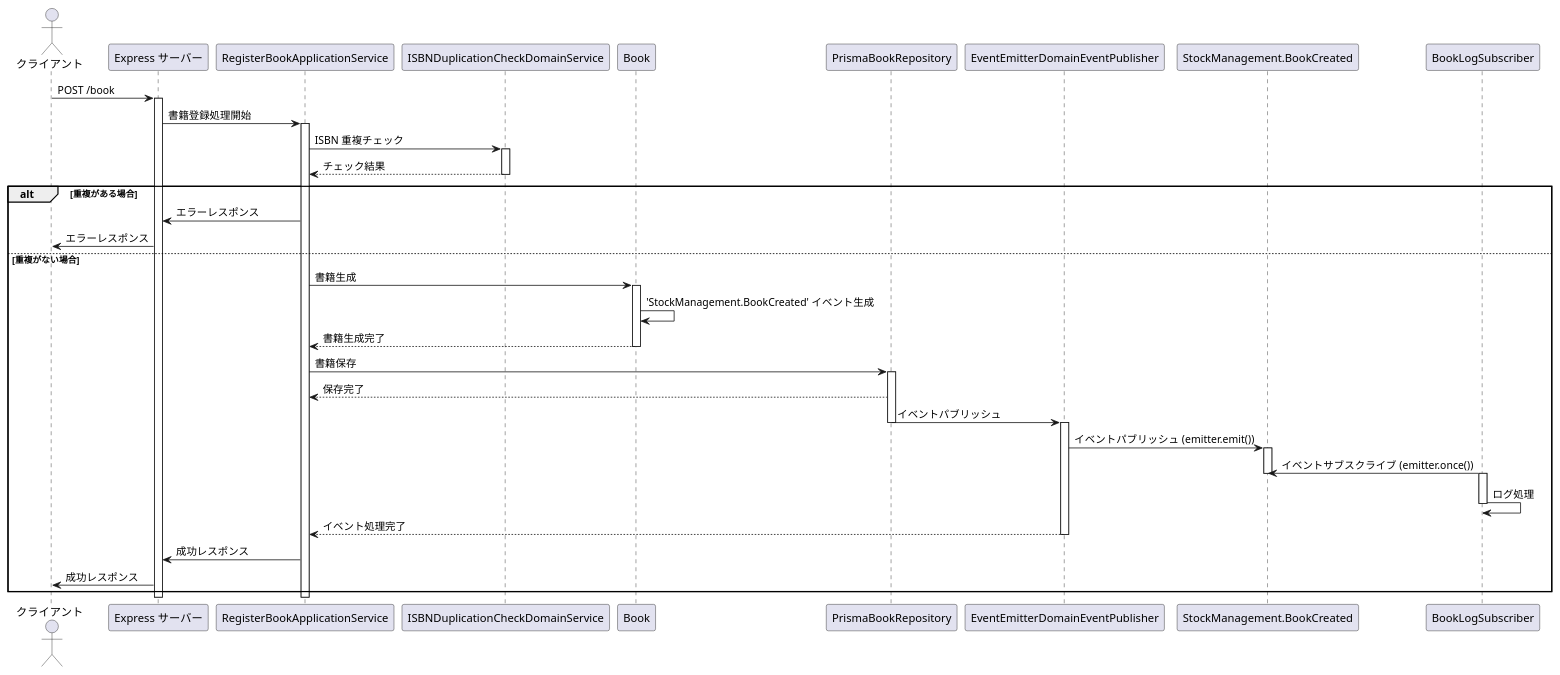
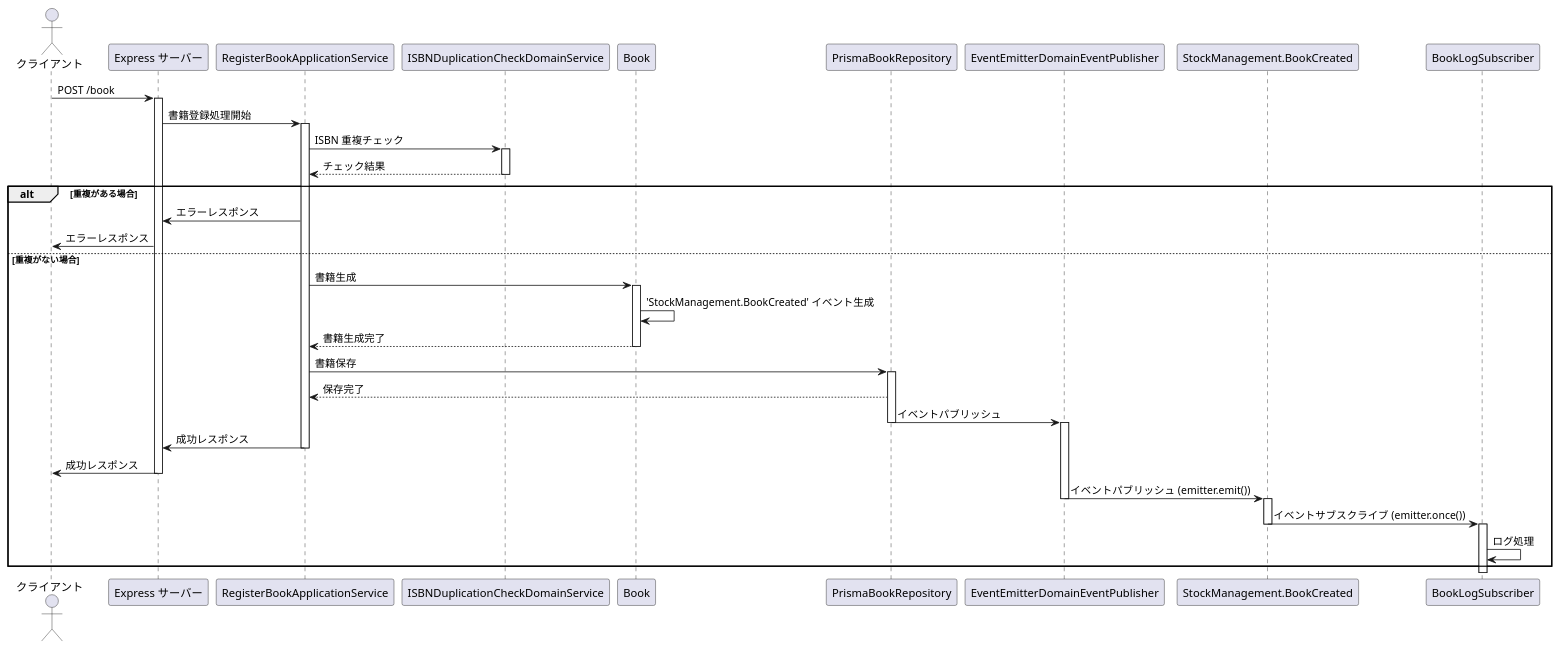
The diagram in SequenceDiagram/domainEvent.pu (yamachan0625/ddd-hands-on), drawn with PlantUML before and after one commit. The commit also changed 1 other file, not shown here.

```diff
--- a/SequenceDiagram/domainEvent.pu
+++ b/SequenceDiagram/domainEvent.pu
@@ -1,60 +1,66 @@
 @startuml
 actor クライアント
 participant "Express サーバー" as Express
 participant "RegisterBookApplicationService" as RegisterService
 participant "ISBNDuplicationCheckDomainService" as ISBNDuplicateCheck
 participant "Book" as BookAggregate
 participant "PrismaBookRepository" as PrismaRepo
 participant "EventEmitterDomainEventPublisher" as EventPublisher
 participant "StockManagement.BookCreated" as Topic
 participant "BookLogSubscriber" as LogSubscriber
 
 クライアント -> Express : POST /book
 activate Express
 
 Express -> RegisterService : 書籍登録処理開始
 activate RegisterService
 
 RegisterService -> ISBNDuplicateCheck : ISBN 重複チェック
 activate ISBNDuplicateCheck
 ISBNDuplicateCheck --> RegisterService : チェック結果
 deactivate ISBNDuplicateCheck
 
 alt 重複がある場合
     RegisterService -> Express : エラーレスポンス
     Express -> クライアント : エラーレスポンス
 else 重複がない場合
     RegisterService -> BookAggregate : 書籍生成
     activate BookAggregate
 
     BookAggregate -> BookAggregate : 'StockManagement.BookCreated' イベント生成
     BookAggregate --> RegisterService : 書籍生成完了
     deactivate BookAggregate
 
     RegisterService -> PrismaRepo : 書籍保存
     activate PrismaRepo
     PrismaRepo --> RegisterService : 保存完了
 
     ' イベントパブリッシュ
     PrismaRepo -> EventPublisher : イベントパブリッシュ
     deactivate PrismaRepo
+
     activate EventPublisher
+    RegisterService -> Express : 成功レスポンス
+    deactivate RegisterService
+    Express -> クライアント : 成功レスポンス
+    deactivate Express
+    
+
     EventPublisher -> Topic : イベントパブリッシュ (emitter.emit())
+    deactivate EventPublisher
     activate Topic
 
 
-    Topic <- LogSubscriber : イベントサブスクライブ (emitter.once())
+    Topic -> LogSubscriber : イベントサブスクライブ (emitter.once())
     deactivate Topic
     activate LogSubscriber
     LogSubscriber -> LogSubscriber : ログ処理
-    deactivate LogSubscriber
 
-    EventPublisher --> RegisterService : イベント処理完了
+    ' EventPublisher --> RegisterService : イベント処理完了
     deactivate EventPublisher
-    RegisterService -> Express : 成功レスポンス
-    Express -> クライアント : 成功レスポンス
+
 end
 
 deactivate RegisterService
 deactivate Express
 @enduml
```
